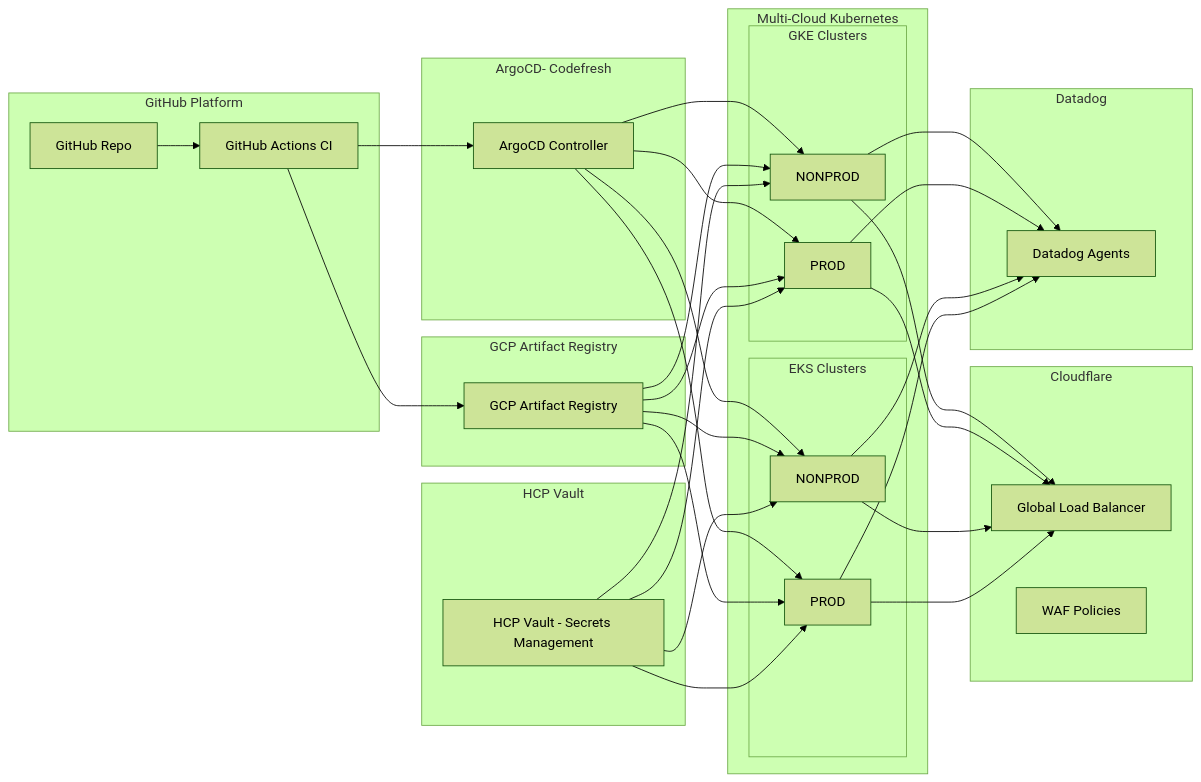
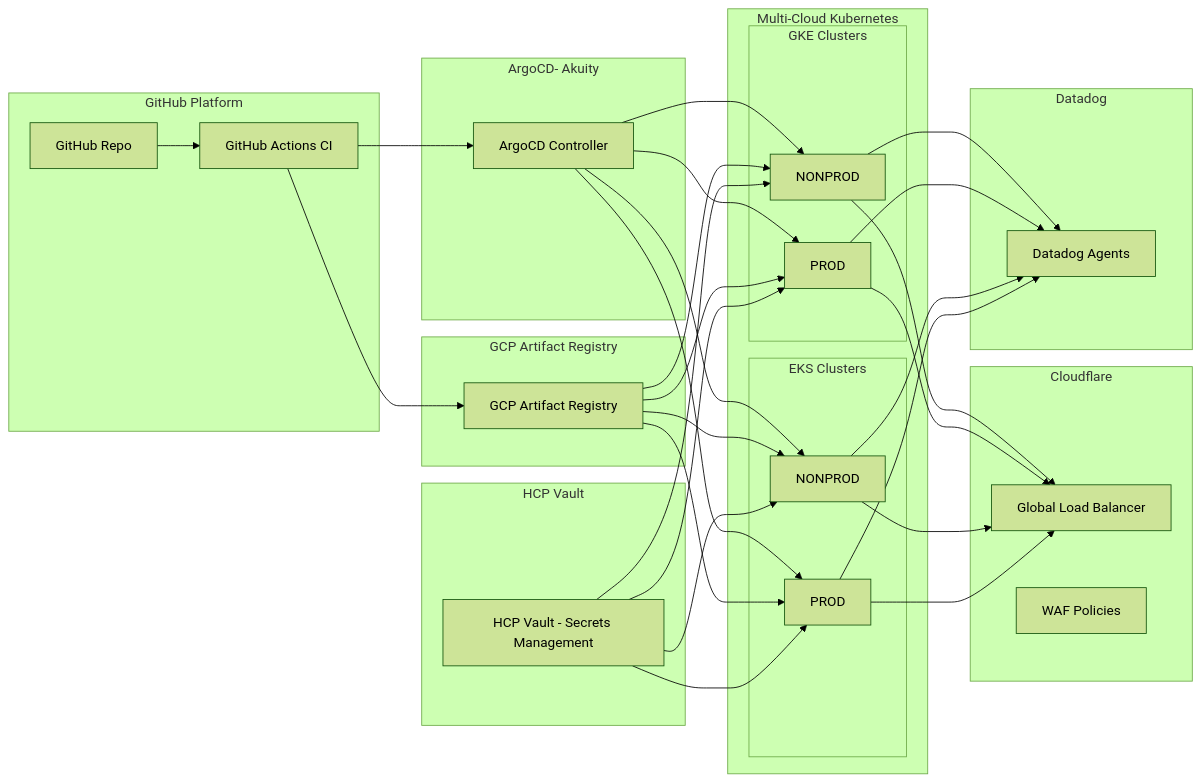
The diagram in documents/01-SolutionArchitect.md (extosoft-devsecops/test-devops), drawn with Mermaid (forest theme) before and after one commit. The commit also changed other lines of this file and 4 other files, not shown here.

````diff
--- a/documents/01-SolutionArchitect.md
+++ b/documents/01-SolutionArchitect.md
@@ -41,69 +41,69 @@
 ```mermaid
 flowchart LR
     subgraph SCM[GitHub Platform]
         GH[GitHub Repo]
         GHA[GitHub Actions CI]
     end
 
     subgraph Registry[GCP Artifact Registry]
         AR[GCP Artifact Registry]
     end
 
-    subgraph GitOps[ArgoCD- Codefresh]
+    subgraph GitOps[ArgoCD- Akuity]
         ACD[ArgoCD Controller]
     end
 
     subgraph Secrets[HCP Vault]
         HCP[HCP Vault - Secrets Management]
     end
 
     subgraph K8sMulti[Multi-Cloud Kubernetes]
         subgraph GKE[GKE Clusters]
             GKE1[NONPROD]
             GKE2[PROD]
         end
         subgraph EKS[EKS Clusters]
             EKS1[NONPROD]
             EKS2[PROD]
         end
     end
 
     subgraph CF[Cloudflare]
         LB[Global Load Balancer]
         WAF[WAF Policies]
     end
 
     subgraph DD[Datadog]
         DDAGENT[Datadog Agents]
     end
 
     GH --> GHA
     GHA --> AR
     GHA --> ACD
 
     ACD --> GKE1
     ACD --> GKE2
     ACD --> EKS1
     ACD --> EKS2
 
     AR --> GKE1
     AR --> GKE2
     AR --> EKS1
     AR --> EKS2
 
     HCP --> GKE1
     HCP --> GKE2
     HCP --> EKS1
     HCP --> EKS2
 
     GKE1 --> LB
     GKE2 --> LB
     EKS1 --> LB
     EKS2 --> LB
 
     GKE1 --> DDAGENT
     GKE2 --> DDAGENT
     EKS1 --> DDAGENT
     EKS2 --> DDAGENT
 
 ```
````
